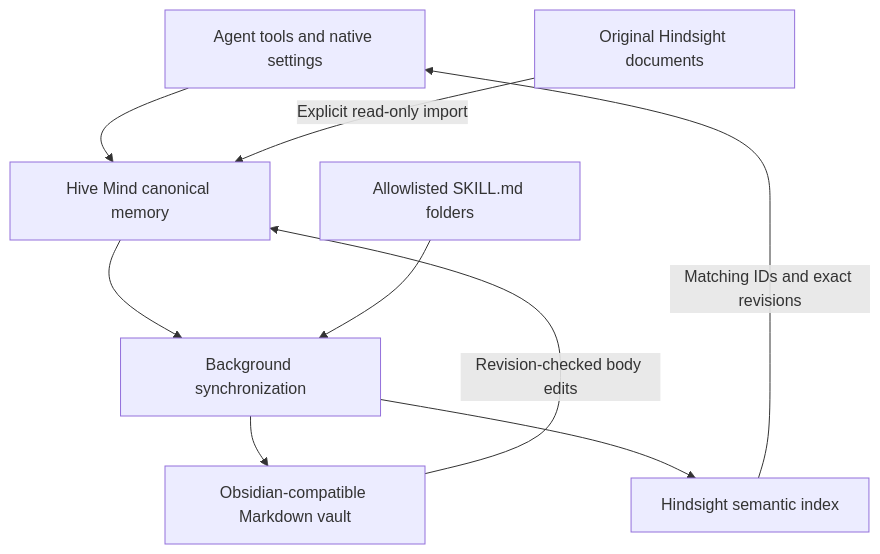
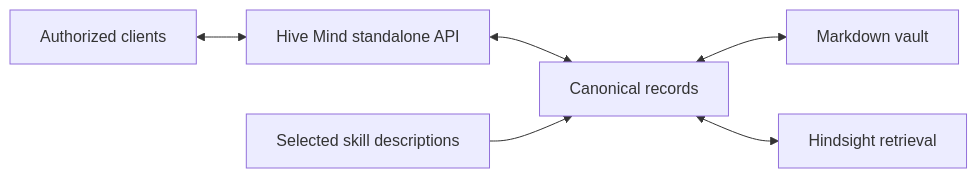
One commit to Jahdir-Cartagena-Rivers/Hive-Mind changed the diagram in README.md. Above: the diagram before and after it, drawn with Mermaid. The commit also changed other lines of this file and 42 other files, not shown here.

Commit message:
feat(core): add source-available Hive Mind service and license boundaries

````diff
--- a/README.md
+++ b/README.md
@@ -17,11 +36,8 @@
 ```mermaid
-flowchart TB
-    agents[Agent tools and native settings] --> hive[Hive Mind canonical memory]
-    hive --> worker[Background synchronization]
-    worker --> vault[Obsidian-compatible Markdown vault]
-    vault -->|Revision-checked body edits| hive
-    worker --> retrieval[Hindsight semantic index]
-    retrieval -->|Matching IDs and exact revisions| agents
-    skills[Allowlisted SKILL.md folders] --> worker
-    sources[Original Hindsight documents] -->|Explicit read-only import| hive
+flowchart LR
+    clients[Authorized clients] <--> api[Hive Mind standalone API]
+    api <--> memory[Canonical records]
+    memory <--> vault[Markdown vault]
+    memory <--> retrieval[Hindsight retrieval]
+    skills[Selected skill descriptions] --> memory
 ```
````
